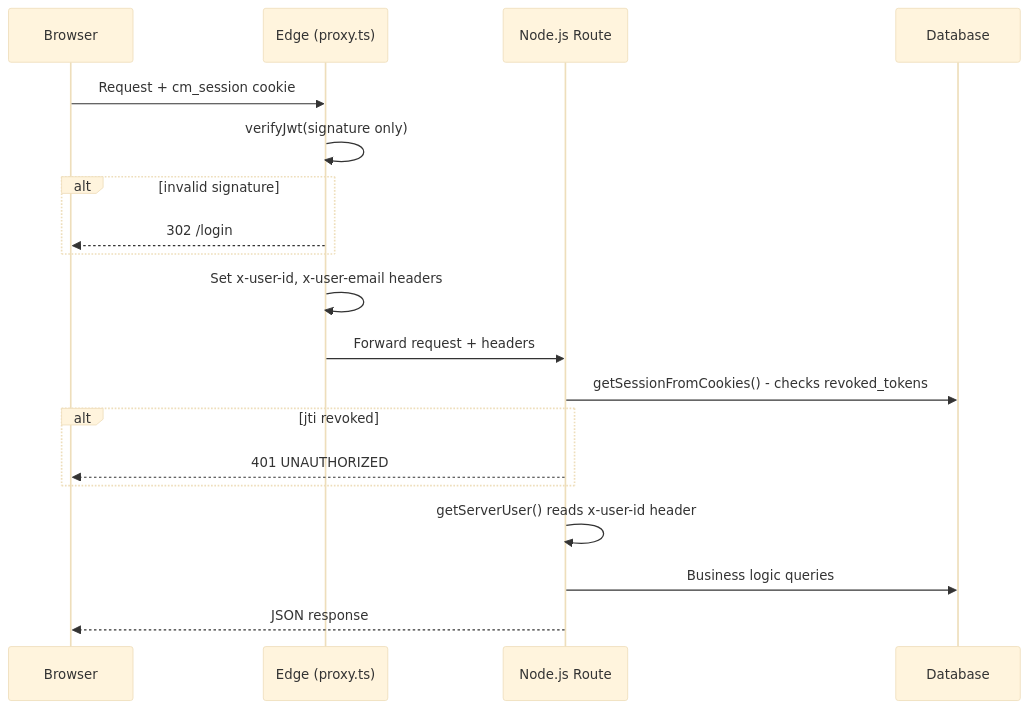
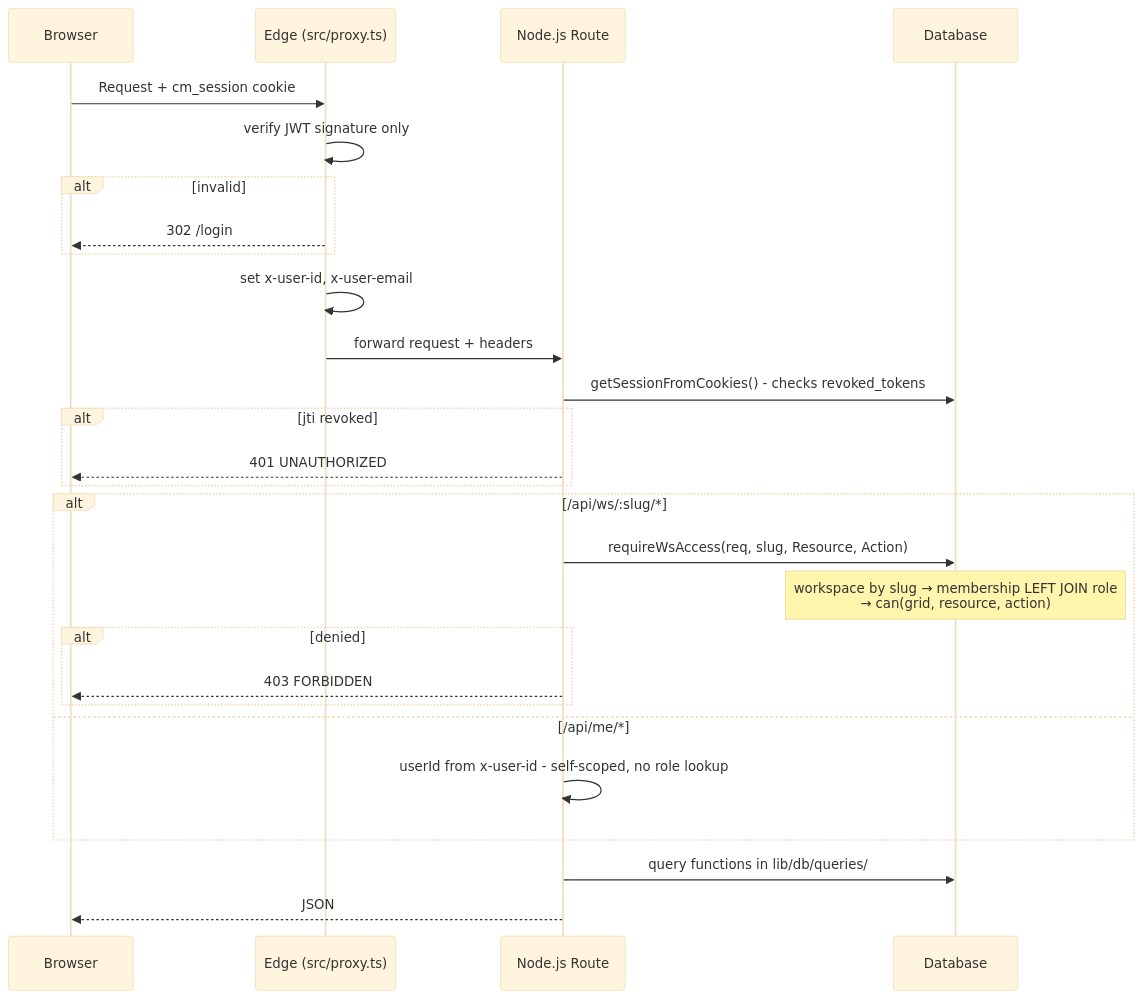
The sixth of 6 diagrams in docs/architecture/HLD.md (ksharma20/checkmark), drawn with Mermaid (base theme) before and after one commit. The commit also changed other lines of this file and 296 other files, not shown here.

````diff
--- a/docs/architecture/HLD.md
+++ b/docs/architecture/HLD.md
@@ -296,22 +578,30 @@
 ```mermaid
 sequenceDiagram
   participant B as Browser
-  participant E as Edge (proxy.ts)
+  participant E as Edge (src/proxy.ts)
   participant N as Node.js Route
   participant D as Database
 
   B->>E: Request + cm_session cookie
-  E->>E: verifyJwt(signature only)
-  alt invalid signature
+  E->>E: verify JWT signature only
+  alt invalid
     E-->>B: 302 /login
   end
-  E->>E: Set x-user-id, x-user-email headers
-  E->>N: Forward request + headers
+  E->>E: set x-user-id, x-user-email
+  E->>N: forward request + headers
   N->>D: getSessionFromCookies() - checks revoked_tokens
   alt jti revoked
     N-->>B: 401 UNAUTHORIZED
   end
-  N->>N: getServerUser() reads x-user-id header
-  N->>D: Business logic queries
-  N-->>B: JSON response
+  alt /api/ws/:slug/*
+    N->>D: requireWsAccess(req, slug, Resource, Action)
+    Note over D: workspace by slug → membership LEFT JOIN role<br/>→ can(grid, resource, action)
+    alt denied
+      N-->>B: 403 FORBIDDEN
+    end
+  else /api/me/*
+    N->>N: userId from x-user-id - self-scoped, no role lookup
+  end
+  N->>D: query functions in lib/db/queries/
+  N-->>B: JSON
 ```
````
